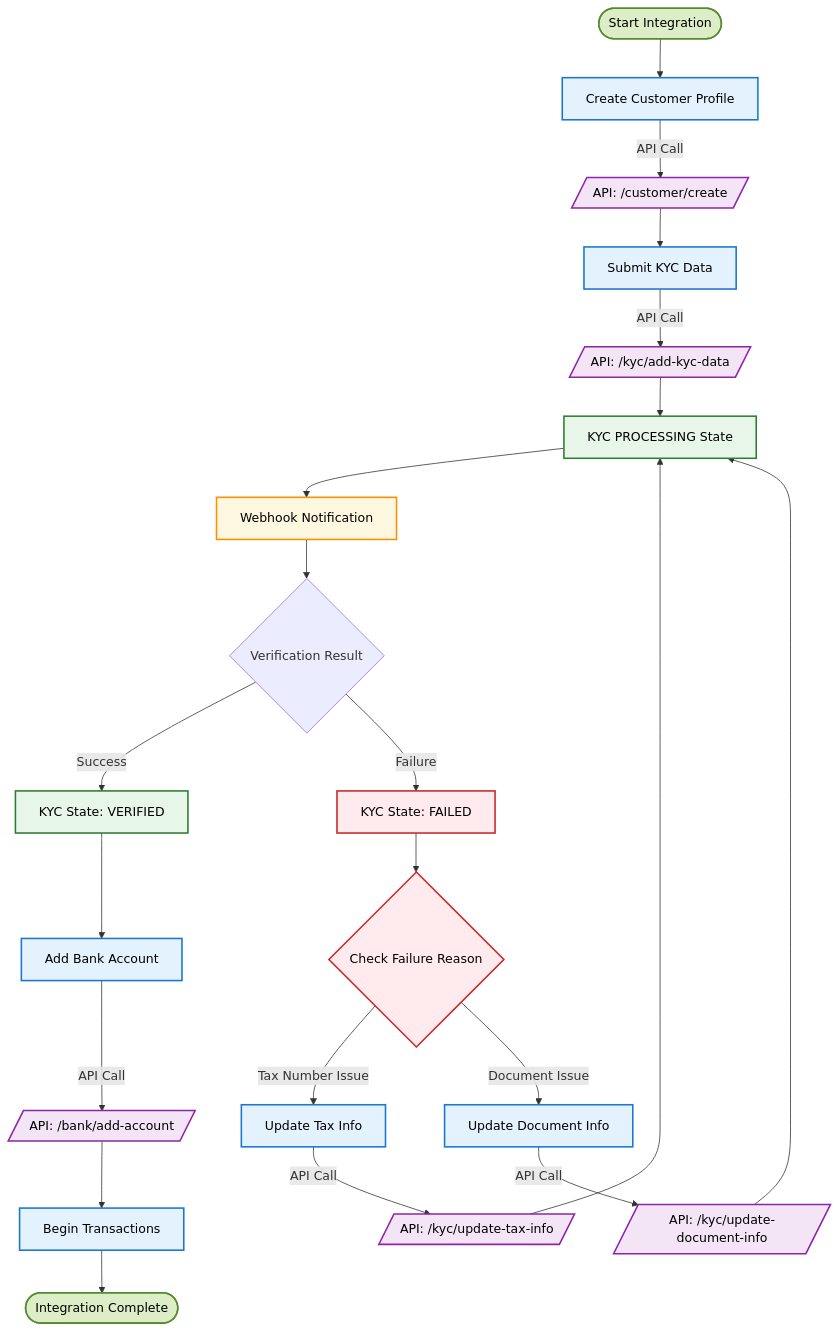
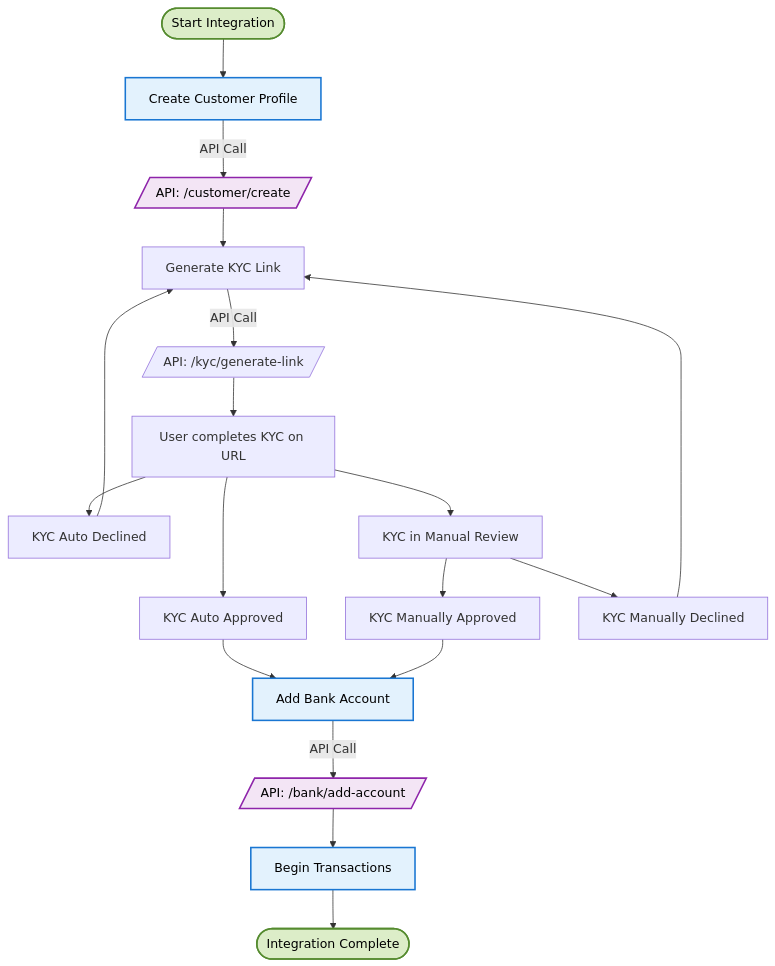
Before and after one commit to DollarPe-Infra/docs: the diagram in api-reference-other/integration-guides/kyc-integration-guide.mdx, drawn with Mermaid. The commit also changed other lines of this file and 4 other files, not shown here.

````diff
--- a/api-reference-other/integration-guides/kyc-integration-guide.mdx
+++ b/api-reference-other/integration-guides/kyc-integration-guide.mdx
@@ -36,44 +36,40 @@
 ```mermaid
 flowchart TD
     Start([Start Integration]) --> CreateCustomer[Create Customer Profile]
     CreateCustomer -->|API Call| CustomerAPI[/API: /customer/create/]
     
-    CustomerAPI --> AddKYC[Submit KYC Data]
-    AddKYC -->|API Call| KycAPI[/API: /kyc/add-kyc-data/]
-    KycAPI --> Processing[KYC PROCESSING State]
+    CustomerAPI --> GenerateKycLink[Generate KYC Link]
+    GenerateKycLink -->|API Call| KycURL[/API: /kyc/generate-link/]
+    KycURL --> CompleteKYC[User completes KYC on URL]
     
-    Processing --> WebhookNotification[Webhook Notification]
-    WebhookNotification --> Verification{Verification Result}
+    CompleteKYC --> AutoApproved[KYC Auto Approved]
+    CompleteKYC --> AutoDeclined[KYC Auto Declined]
+    CompleteKYC --> ManualReview[KYC in Manual Review]
+
+    AutoApproved --> AddBank[Add Bank Account]
+    AutoDeclined --> GenerateKycLink
+
+    ManualReview --> ManuallyApproved[KYC Manually Approved]
+    ManualReview --> ManuallyDeclined[KYC Manually Declined]
+
+    ManuallyApproved --> AddBank
+    ManuallyDeclined --> GenerateKycLink
     
-    Verification -->|Success| Verified[KYC State: VERIFIED]
-    Verification -->|Failure| Failed[KYC State: FAILED]
-    
-    Failed --> CheckReason{Check Failure Reason}
-    
-    CheckReason -->|Tax Number Issue| UpdateTax[Update Tax Info]
-    UpdateTax -->|API Call| TaxAPI[/API: /kyc/update-tax-info/]
-    TaxAPI --> Processing
-    
-    CheckReason -->|Document Issue| UpdateDoc[Update Document Info]
-    UpdateDoc -->|API Call| DocAPI[/API: /kyc/update-document-info/]
-    DocAPI --> Processing
-    
-    Verified --> AddBank[Add Bank Account]
     AddBank -->|API Call| BankAPI[/API: /bank/add-account/]
     BankAPI --> Complete[Begin Transactions]
     Complete --> TransactionReady([Integration Complete])
 
     classDef startEndNode fill:#dcedc8,stroke:#558b2f,stroke-width:2px,color:#000
     classDef mainNode fill:#e3f2fd,stroke:#1976d2,stroke-width:2px,color:#000
     classDef apiNode fill:#f3e5f5,stroke:#8e24aa,stroke-width:2px,color:#000
     classDef stateNode fill:#e8f5e9,stroke:#2e7d32,stroke-width:2px,color:#000
     classDef failureNode fill:#ffebee,stroke:#c62828,stroke-width:2px,color:#000
     classDef waitNode fill:#fff8e1,stroke:#ff8f00,stroke-width:2px,color:#000
 
     class Start,TransactionReady startEndNode
     class CreateCustomer,AddKYC,UpdateTax,UpdateDoc,AddBank,Complete mainNode
     class CustomerAPI,KycAPI,TaxAPI,DocAPI,BankAPI apiNode
     class Processing,Verified stateNode
     class Failed,CheckReason failureNode
     class WebhookNotification waitNode
 ```
````
